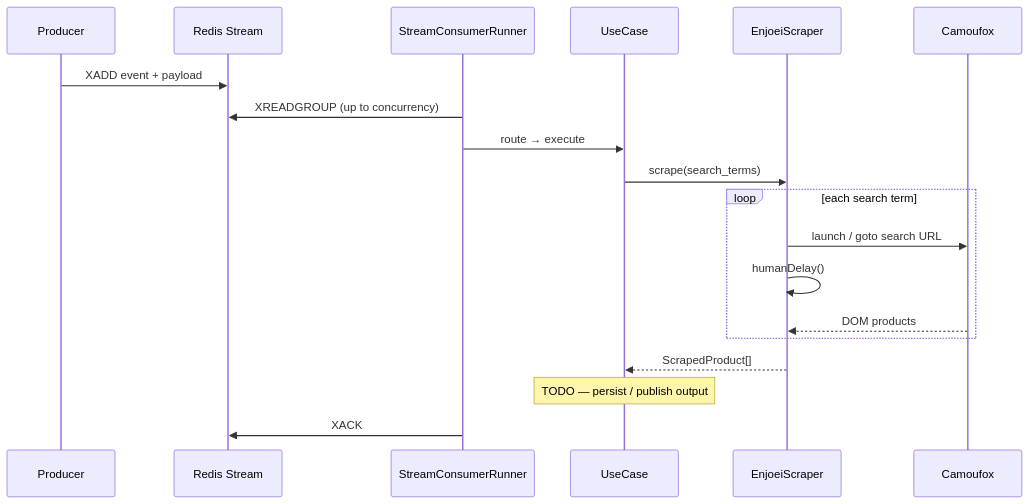
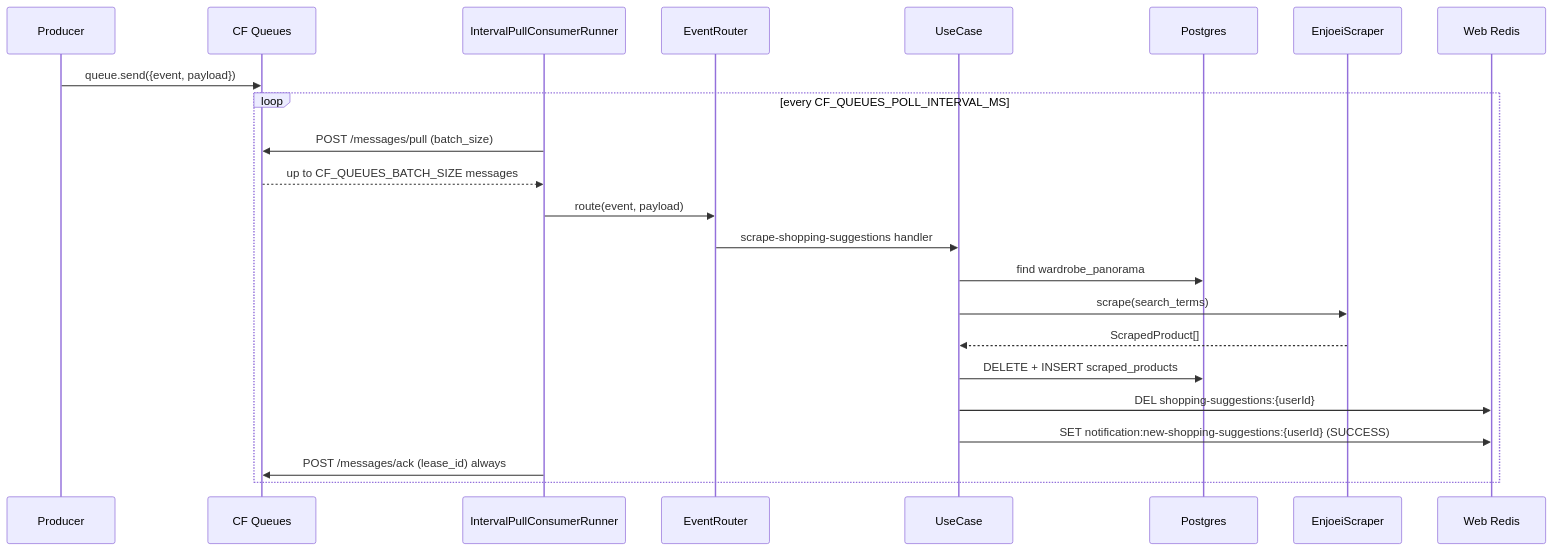
Before and after one commit to emmanuelviniciusdev/SkyDIIV--backstage: the diagram in apps/consumer-shopping-suggestions/docs/SCRAPE_SHOPPING_SUGGESTIONS.md, drawn with Mermaid. The commit also changed other lines of this file and 54 other files, not shown here.

Commit message:
feat(consumer-shopping-suggestions): replace Redis Streams with CF Queues; persist scrapes on db; add cost guard workflow

````diff
--- a/apps/consumer-shopping-suggestions/docs/SCRAPE_SHOPPING_SUGGESTIONS.md
+++ b/apps/consumer-shopping-suggestions/docs/SCRAPE_SHOPPING_SUGGESTIONS.md
@@ -29,22 +53,26 @@
 ```mermaid
 sequenceDiagram
   participant P as Producer
-  participant R as Redis Stream
-  participant C as StreamConsumerRunner
+  participant Q as CF Queues
+  participant R as IntervalPullConsumerRunner
+  participant Router as EventRouter
   participant U as UseCase
+  participant DB as Postgres
   participant S as EnjoeiScraper
-  participant B as Camoufox
+  participant WebRedis as Web Redis
 
-  P->>R: XADD event + payload
-  C->>R: XREADGROUP (up to concurrency)
-  C->>U: route → execute
-  U->>S: scrape(search_terms)
-  loop each search term
-    S->>B: launch / goto search URL
-    S->>S: humanDelay()
-    B-->>S: DOM products
+  P->>Q: queue.send({event, payload})
+  loop every CF_QUEUES_POLL_INTERVAL_MS
+    R->>Q: POST /messages/pull (batch_size)
+    Q-->>R: up to CF_QUEUES_BATCH_SIZE messages
+    R->>Router: route(event, payload)
+    Router->>U: scrape-shopping-suggestions handler
+    U->>DB: find wardrobe_panorama
+    U->>S: scrape(search_terms)
+    S-->>U: ScrapedProduct[]
+    U->>DB: DELETE + INSERT scraped_products
+    U->>WebRedis: DEL shopping-suggestions:{userId}
+    U->>WebRedis: SET notification:new-shopping-suggestions:{userId} (SUCCESS)
+    R->>Q: POST /messages/ack (lease_id) always
   end
-  S-->>U: ScrapedProduct[]
-  Note over U: TODO — persist / publish output
-  C->>R: XACK
 ```
````
